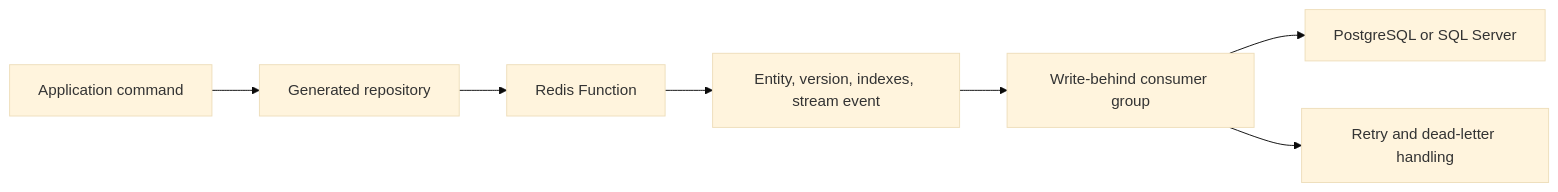
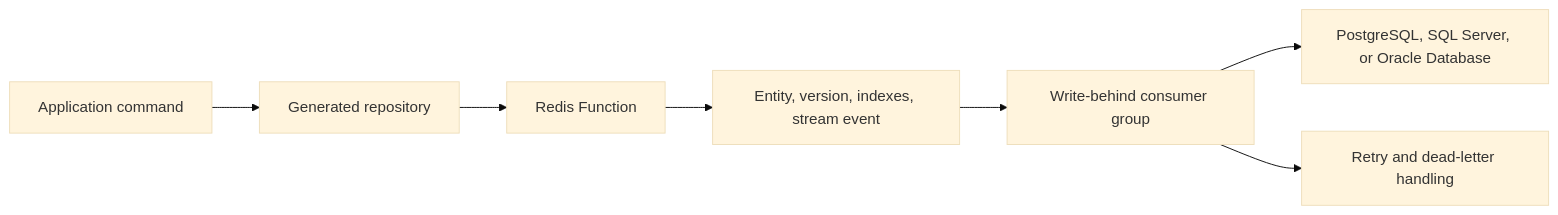
One commit to esasmer-dou/cache-database changed the diagram in docs/architecture.md. Above: the diagram before and after it, drawn with Mermaid (base theme). The commit also changed other lines of this file and 252 other files, not shown here.

````diff
--- a/docs/architecture.md
+++ b/docs/architecture.md
@@ -42,9 +42,9 @@
 ```mermaid
 flowchart LR
     A["Application command"] --> B["Generated repository"]
     B --> C["Redis Function"]
     C --> D["Entity, version, indexes, stream event"]
     D --> E["Write-behind consumer group"]
-    E --> F["PostgreSQL or SQL Server"]
+    E --> F["PostgreSQL, SQL Server, or Oracle Database"]
     E --> G["Retry and dead-letter handling"]
 ```
````
